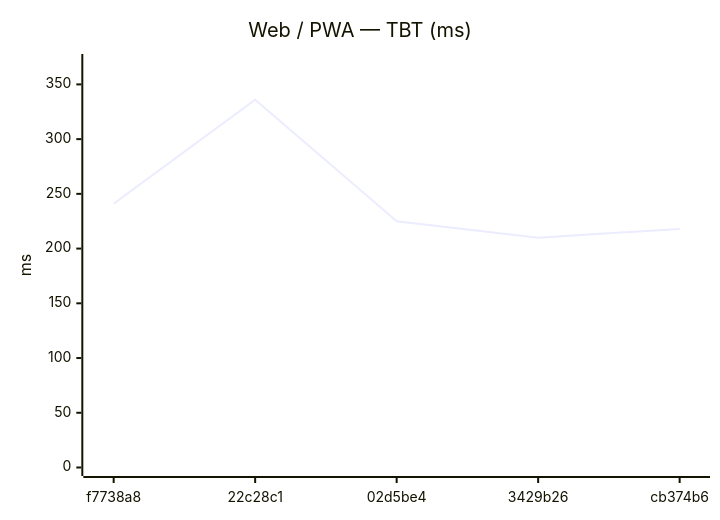
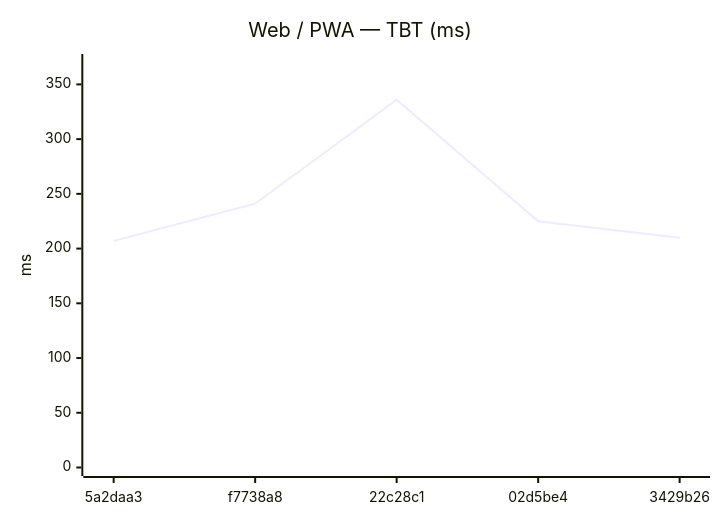
One commit to Metaheurist/Rianell changed the eighth of 18 diagrams in benchmarks/compare.md. Above: the diagram before and after it, drawn with Mermaid. The commit also changed other lines of this file and 11 other files, not shown here.

````diff
--- a/benchmarks/compare.md
+++ b/benchmarks/compare.md
@@ -124,7 +124,7 @@
 ```mermaid
 xychart-beta
     title "Web / PWA — TBT (ms)"
-    x-axis ["f7738a8", "22c28c1", "02d5be4", "3429b26", "cb374b6"]
+    x-axis ["5a2daa3", "f7738a8", "22c28c1", "02d5be4", "3429b26"]
     y-axis "ms" 0 --> 370
-    line [241, 336, 225, 210, 218]
+    line [207, 241, 336, 225, 210]
 ```
````
